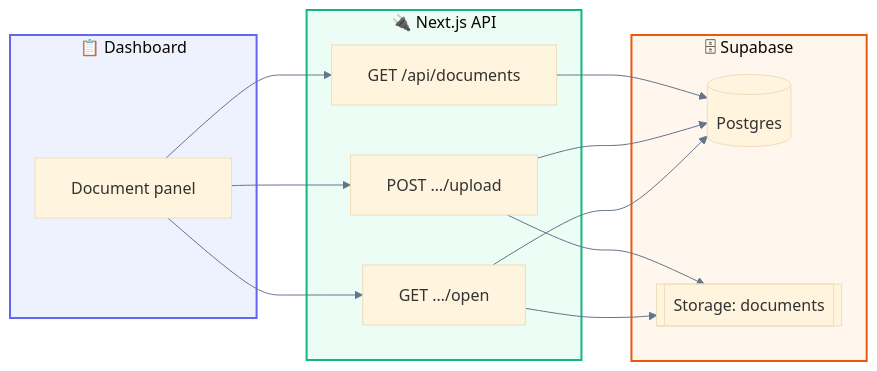
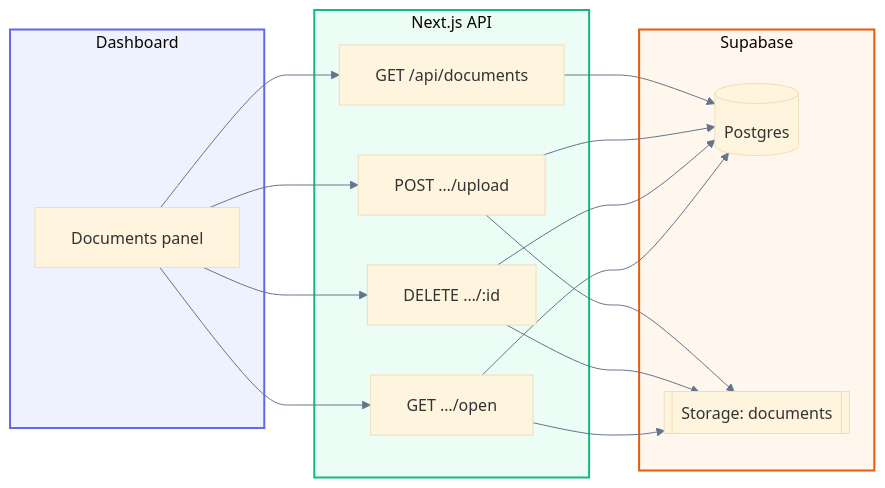
One commit to parmeet1402/ai-workflow-platform changed the first of 6 diagrams in docs/document-management.md. Above: the diagram before and after it, drawn with Mermaid. The commit also changed other lines of this file and 5 other files, not shown here.

Commit message:
fix: add delete documents functionality with docs

````diff
--- a/docs/document-management.md
+++ b/docs/document-management.md
@@ -41,38 +35,42 @@
 ```mermaid
 %%{init: {
   "theme": "base",
   "flowchart": { "curve": "basis", "padding": 18 },
   "themeVariables": {
     "fontFamily": "ui-sans-serif, system-ui, sans-serif",
     "lineColor": "#64748b"
   }
 }}%%
 flowchart LR
-  subgraph UI[" 📋 Dashboard "]
-    D[Document panel]
+  subgraph UI["Dashboard"]
+    D[Documents panel]
   end
 
-  subgraph API[" 🔌 Next.js API "]
+  subgraph API["Next.js API"]
     L[GET /api/documents]
     U[POST …/upload]
+    X[DELETE …/:id]
     O[GET …/open]
   end
 
-  subgraph SB[" 🗄 Supabase "]
+  subgraph SB["Supabase"]
     DB[("Postgres")]
     ST[["Storage: documents"]]
   end
 
   D --> L
   D --> U
+  D --> X
   D --> O
   L --> DB
   U --> ST
   U --> DB
+  X --> ST
+  X --> DB
   O --> DB
   O --> ST
 
   style UI fill:#eef2ff,stroke:#6366f1,stroke-width:2px
   style API fill:#ecfdf5,stroke:#10b981,stroke-width:2px
   style SB fill:#fff7ed,stroke:#ea580c,stroke-width:2px
 ```
````
